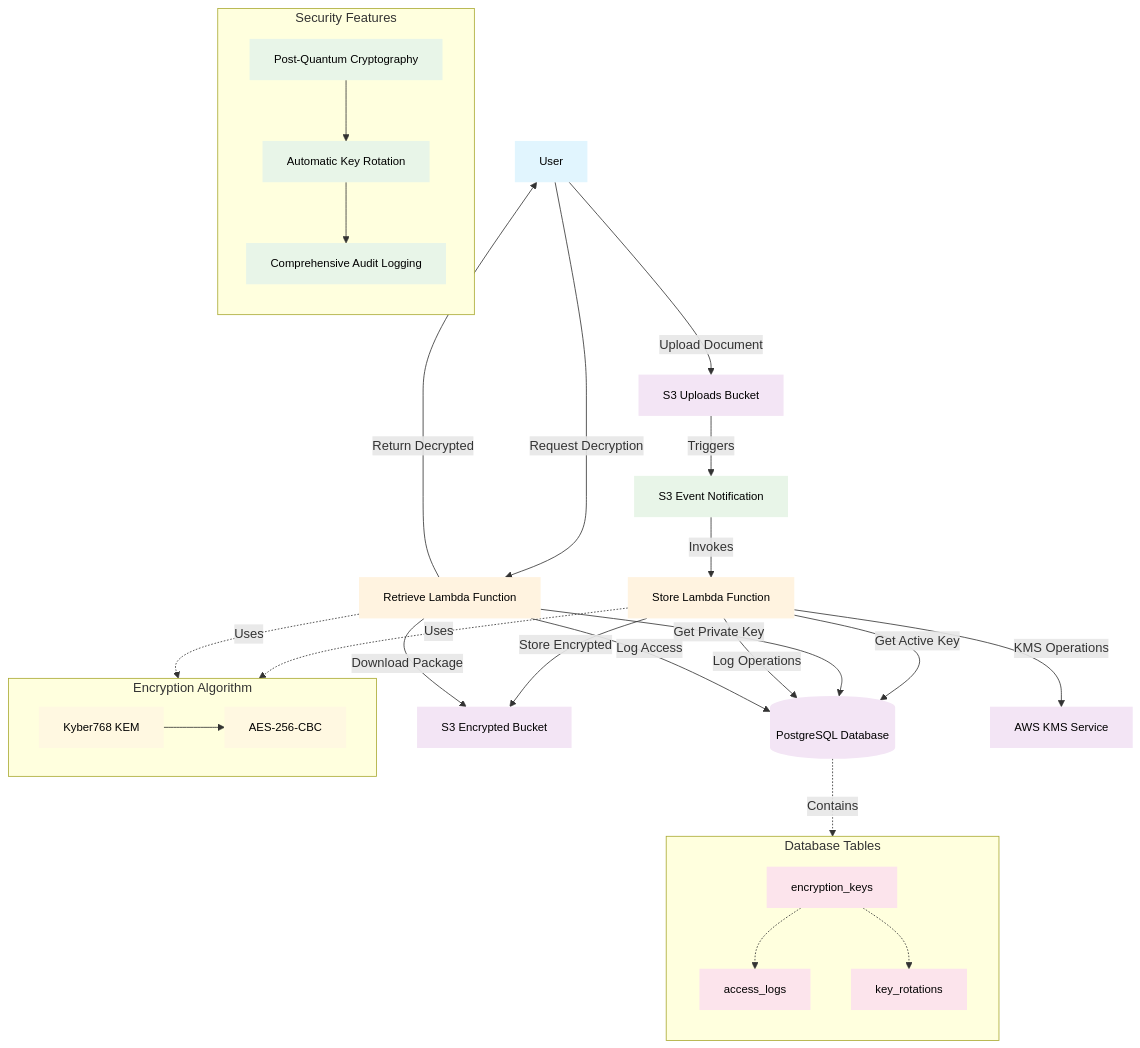
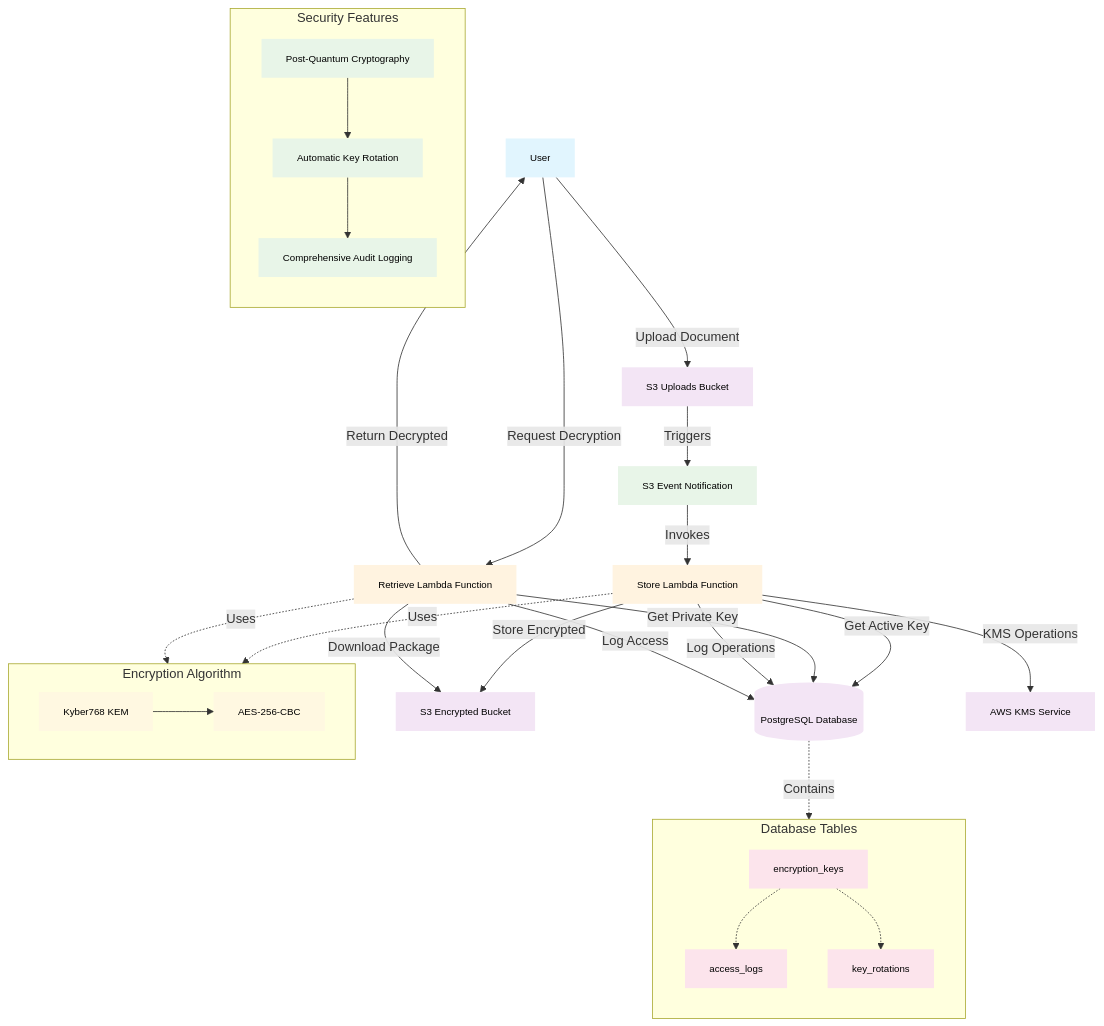
The diagram in architecture.mmd (m1rl0k/pqfile), drawn with Mermaid before and after one commit.

```diff
--- a/architecture.mmd
+++ b/architecture.mmd
@@ -1,86 +1,86 @@
 graph TB
     %% External Components
     User["User"]
     S3Upload["S3 Uploads Bucket"]
     S3Encrypted["S3 Encrypted Bucket"]
 
     %% Core Services
     StoreL["Store Lambda Function"]
     RetrieveL["Retrieve Lambda Function"]
     DB[("PostgreSQL Database")]
     KMS["AWS KMS Service"]
 
     %% Event Flow
     S3Event["S3 Event Notification"]
     
     %% User Interactions
     User -->|Upload Document| S3Upload
     User -->|Request Decryption| RetrieveL
 
     %% Automatic Encryption Flow
     S3Upload -->|Triggers| S3Event
     S3Event -->|Invokes| StoreL
     StoreL -->|Get Active Key| DB
     StoreL -->|KMS Operations| KMS
     StoreL -->|Store Encrypted| S3Encrypted
 
     %% Decryption Flow
     RetrieveL -->|Get Private Key| DB
     RetrieveL -->|Download Package| S3Encrypted
     RetrieveL -->|Return Decrypted| User
 
     %% Database Operations
     StoreL -->|Log Operations| DB
     RetrieveL -->|Log Access| DB
     
     %% Algorithm Details
     subgraph Algo ["Encryption Algorithm"]
         direction LR
         Kyber["Kyber768 KEM"]
         AES["AES-256-CBC"]
         Kyber --> AES
     end
 
     StoreL -.->|Uses| Algo
     RetrieveL -.->|Uses| Algo
 
     %% Database Schema
     subgraph DBSchema ["Database Tables"]
         direction TB
         EncKeys["encryption_keys"]
         AccessLogs["access_logs"]
         KeyRotations["key_rotations"]
 
         EncKeys -.-> AccessLogs
         EncKeys -.-> KeyRotations
     end
 
     DB -.->|Contains| DBSchema
 
     %% Security Features
     subgraph Security ["Security Features"]
         direction TB
         PQC["Post-Quantum Cryptography"]
         KeyRot["Automatic Key Rotation"]
         Audit["Comprehensive Audit Logging"]
 
         PQC --> KeyRot
         KeyRot --> Audit
     end
     
     %% Styling
-    classDef userClass fill:#e1f5fe,stroke:none,font-size:14px,color:#000
-    classDef lambdaClass fill:#fff3e0,stroke:none,font-size:14px,color:#000
-    classDef storageClass fill:#f3e5f5,stroke:none,font-size:14px,color:#000
-    classDef eventClass fill:#e8f5e8,stroke:none,font-size:14px,color:#000
-    classDef algorithmClass fill:#fff8e1,stroke:none,font-size:14px,color:#000
-    classDef dbClass fill:#fce4ec,stroke:none,font-size:14px,color:#000
+    classDef userClass fill:#e1f5fe,stroke:none,font-size:12px,color:#000
+    classDef lambdaClass fill:#fff3e0,stroke:none,font-size:12px,color:#000
+    classDef storageClass fill:#f3e5f5,stroke:none,font-size:12px,color:#000
+    classDef eventClass fill:#e8f5e8,stroke:none,font-size:12px,color:#000
+    classDef algorithmClass fill:#fff8e1,stroke:none,font-size:12px,color:#000
+    classDef dbClass fill:#fce4ec,stroke:none,font-size:12px,color:#000
 
     class User userClass
     class StoreL,RetrieveL lambdaClass
     class S3Upload,S3Encrypted storageClass
     class DB,KMS storageClass
     class S3Event eventClass
     class Kyber,AES algorithmClass
     class EncKeys,AccessLogs,KeyRotations dbClass
     class PQC,KeyRot,Audit eventClass
```
